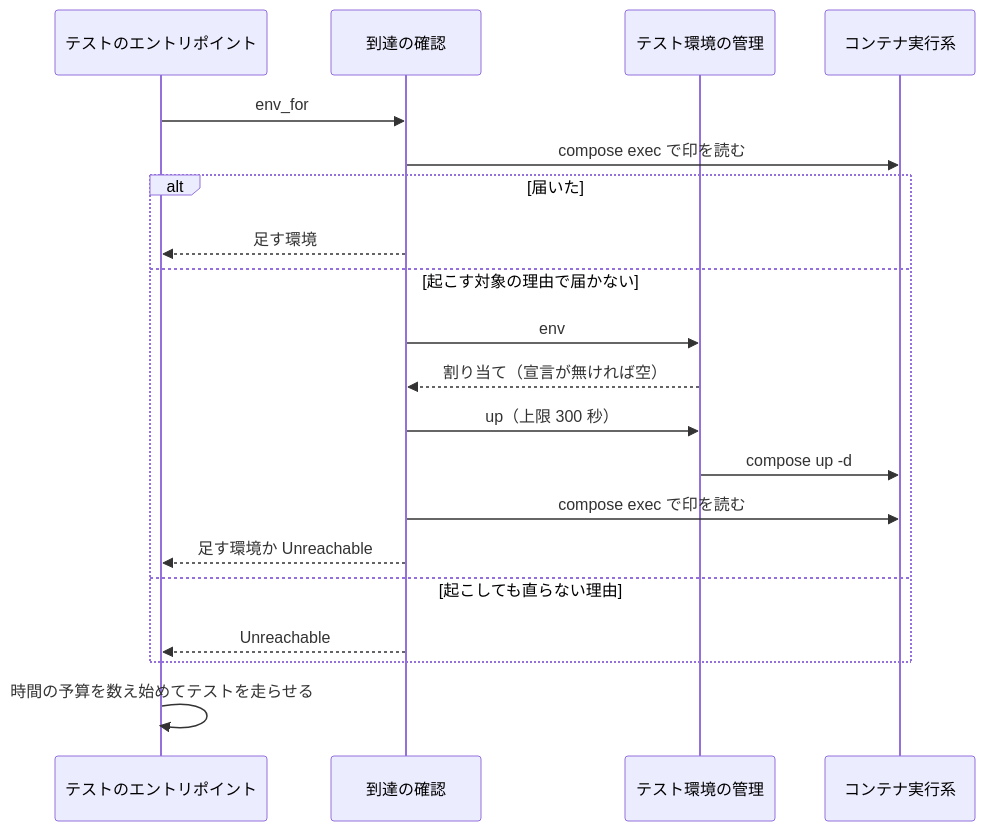
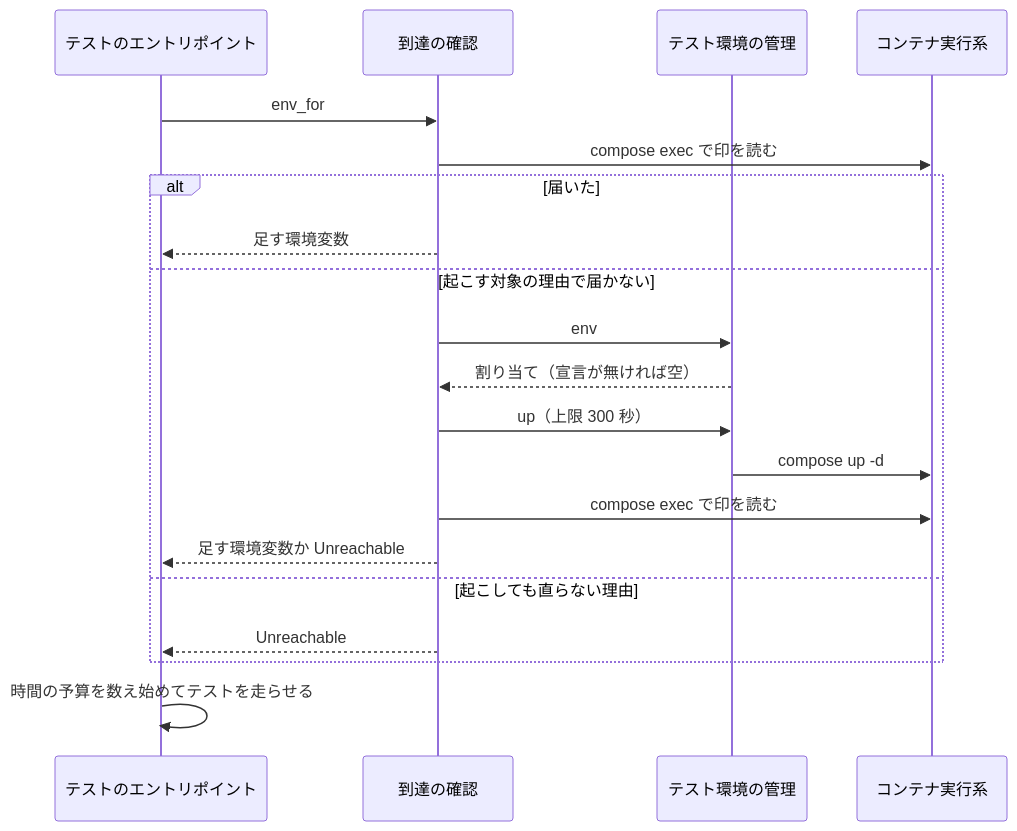
The fifth of 6 diagrams in issues/issue-2567-design.md (devbasex/ai-plugins), drawn with Mermaid before and after one commit. The commit also changed other lines of this file, not shown here.

````diff
--- a/issues/issue-2567-design.md
+++ b/issues/issue-2567-design.md
@@ -318,22 +328,22 @@
 ```mermaid
 sequenceDiagram
     participant T as テストのエントリポイント
     participant A as 到達の確認
     participant E as テスト環境の管理
     participant D as コンテナ実行系
     T->>A: env_for
     A->>D: compose exec で印を読む
     alt 届いた
-        A-->>T: 足す環境
+        A-->>T: 足す環境変数
     else 起こす対象の理由で届かない
         A->>E: env
         E-->>A: 割り当て（宣言が無ければ空）
         A->>E: up（上限 300 秒）
         E->>D: compose up -d
         A->>D: compose exec で印を読む
-        A-->>T: 足す環境か Unreachable
+        A-->>T: 足す環境変数か Unreachable
     else 起こしても直らない理由
         A-->>T: Unreachable
     end
     T->>T: 時間の予算を数え始めてテストを走らせる
 ```
````
